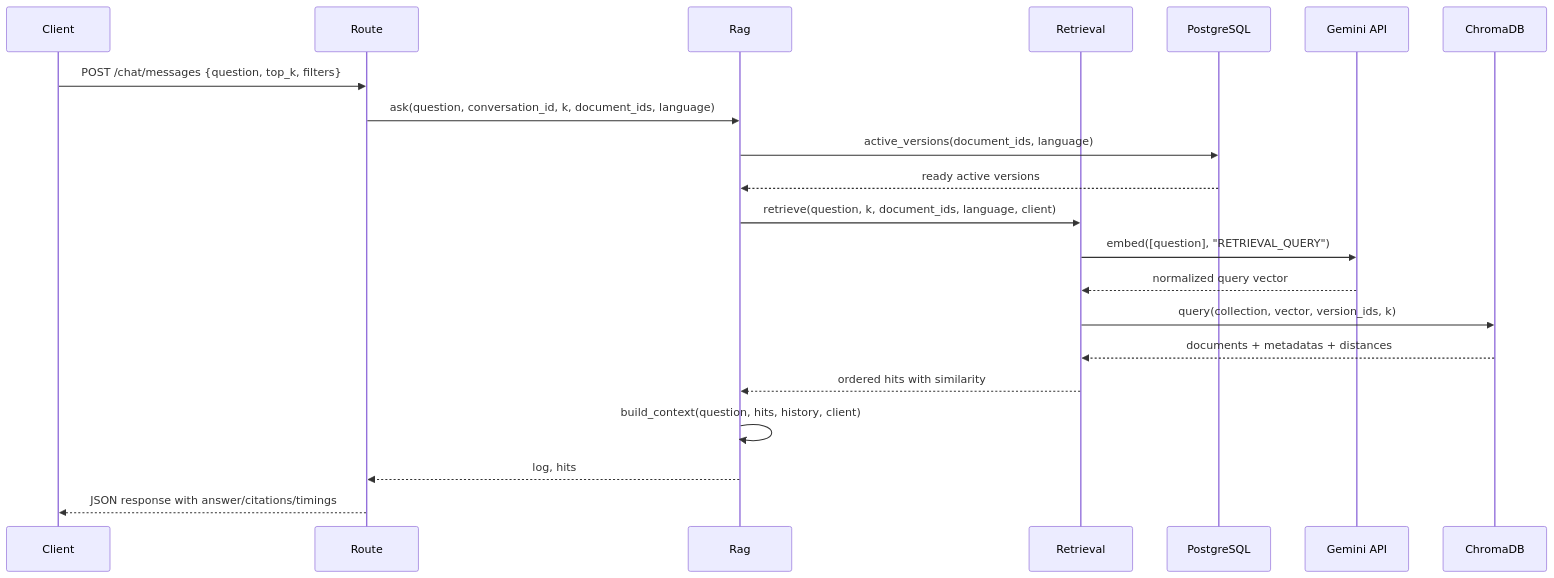
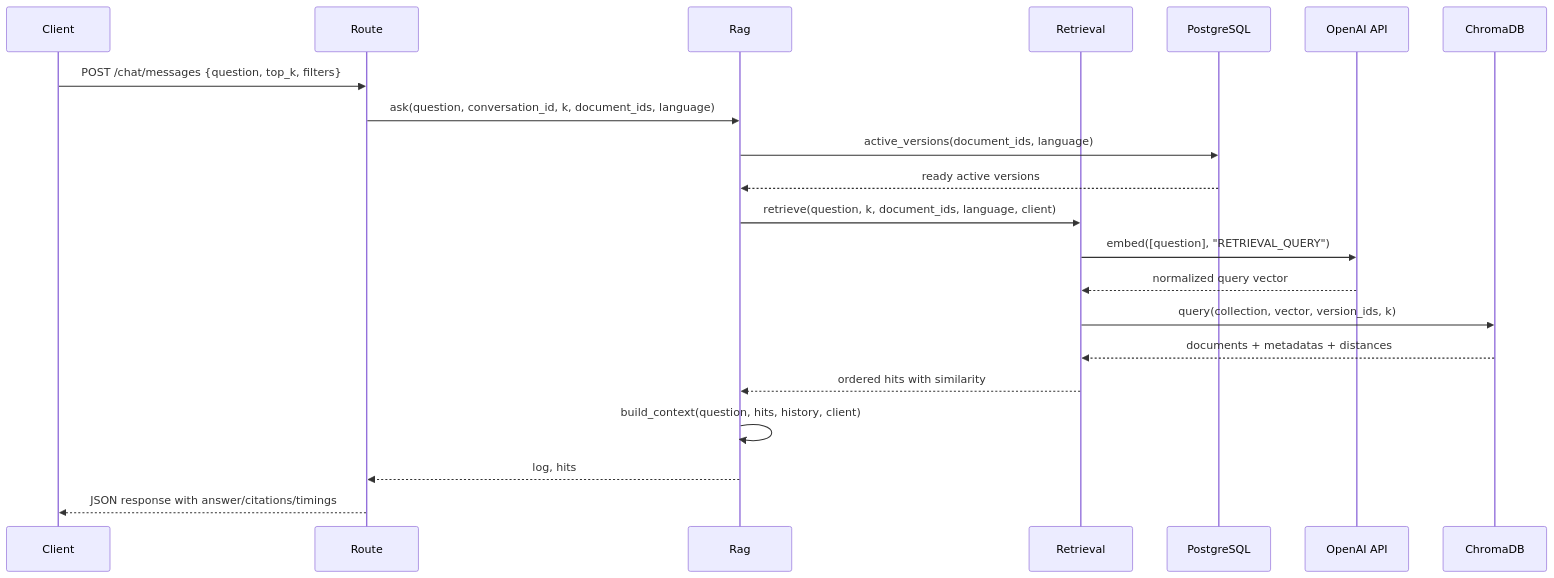
One commit to Dorjnyam/rag_chatbot_try changed the second of 2 diagrams in documentation/03-retrieval-pipeline.md. Above: the diagram before and after it, drawn with Mermaid. The commit also changed other lines of this file and 50 other files, not shown here.

````diff
--- a/documentation/03-retrieval-pipeline.md
+++ b/documentation/03-retrieval-pipeline.md
@@ -141,24 +141,24 @@
 ```mermaid
 sequenceDiagram
     participant Client
     participant Route
     participant Rag
     participant Retrieval
     participant PG as PostgreSQL
-    participant Gemini as Gemini API
+    participant OpenAI as OpenAI API
     participant Chroma as ChromaDB
 
     Client->>Route: POST /chat/messages {question, top_k, filters}
     Route->>Rag: ask(question, conversation_id, k, document_ids, language)
     Rag->>PG: active_versions(document_ids, language)
     PG-->>Rag: ready active versions
     Rag->>Retrieval: retrieve(question, k, document_ids, language, client)
-    Retrieval->>Gemini: embed([question], "RETRIEVAL_QUERY")
-    Gemini-->>Retrieval: normalized query vector
+    Retrieval->>OpenAI: embed([question], "RETRIEVAL_QUERY")
+    OpenAI-->>Retrieval: normalized query vector
     Retrieval->>Chroma: query(collection, vector, version_ids, k)
     Chroma-->>Retrieval: documents + metadatas + distances
     Retrieval-->>Rag: ordered hits with similarity
     Rag->>Rag: build_context(question, hits, history, client)
     Rag-->>Route: log, hits
     Route-->>Client: JSON response with answer/citations/timings
 ```
````
